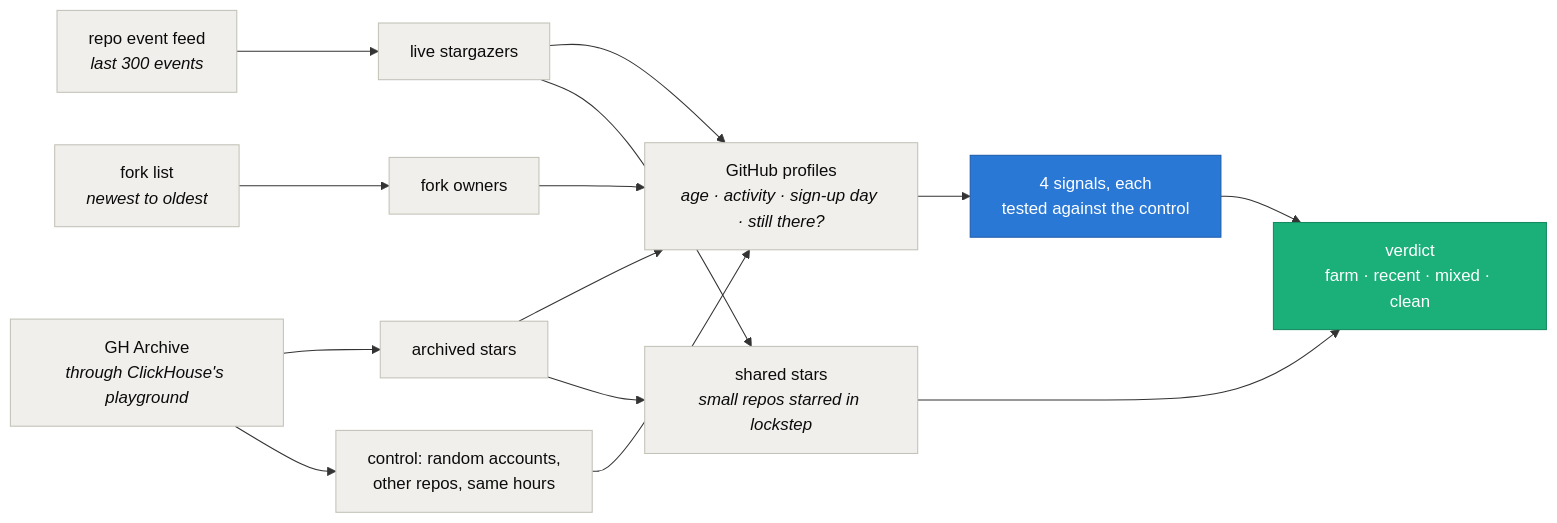
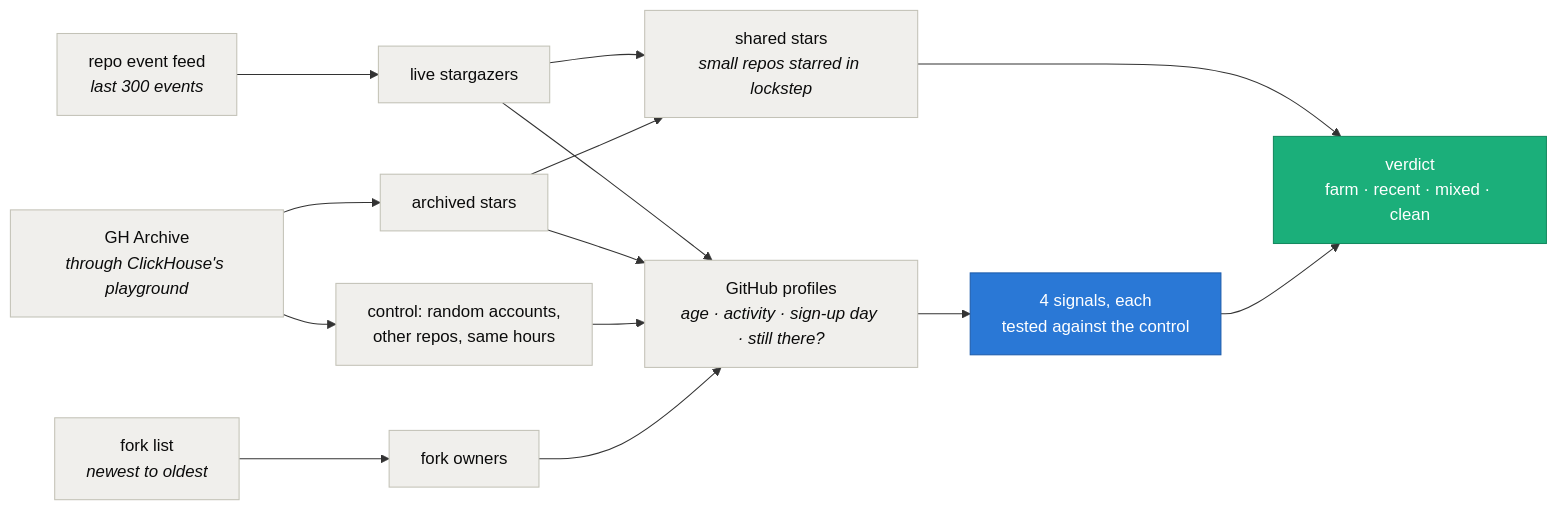
Before and after one commit to intikhab49/starsift: the diagram in README.md, drawn with Mermaid.

Commit message:
README: lay out the flowchart with one crossing instead of four

````diff
--- a/README.md
+++ b/README.md
@@ -108,28 +108,28 @@
 ```mermaid
 flowchart LR
     FEED["repo event feed<br/><i>last 300 events</i>"] --> LIVE["live stargazers"]
     ARCHIVE["GH Archive<br/><i>through ClickHouse's playground</i>"] --> STARS["archived stars"]
+    ARCHIVE --> CONTROL["control: random accounts,<br/>other repos, same hours"]
     FORKLIST["fork list<br/><i>newest to oldest</i>"] --> FORKS["fork owners"]
-    ARCHIVE --> CONTROL["control: random accounts,<br/>other repos, same hours"]
+    LIVE --> SHARED["shared stars<br/><i>small repos starred in lockstep</i>"]
+    STARS --> SHARED
     LIVE --> PROFILES["GitHub profiles<br/><i>age · activity · sign-up day · still there?</i>"]
     STARS --> PROFILES
+    CONTROL --> PROFILES
     FORKS --> PROFILES
-    CONTROL --> PROFILES
     PROFILES --> SIGNALS["4 signals, each<br/>tested against the control"]
-    LIVE --> SHARED["shared stars<br/><i>small repos starred in lockstep</i>"]
-    STARS --> SHARED
-    SIGNALS --> VERDICT["verdict<br/>farm · recent · mixed · clean"]
-    SHARED --> VERDICT
+    SHARED --> VERDICT["verdict<br/>farm · recent · mixed · clean"]
+    SIGNALS --> VERDICT
 
     style SIGNALS fill:#2a78d6,stroke:#1c5cab,color:#fff
     style VERDICT fill:#1baf7a,stroke:#158a60,color:#fff
     style FEED fill:#f0efec,stroke:#c3c2b7,color:#0b0b0b
     style ARCHIVE fill:#f0efec,stroke:#c3c2b7,color:#0b0b0b
     style FORKLIST fill:#f0efec,stroke:#c3c2b7,color:#0b0b0b
     style LIVE fill:#f0efec,stroke:#c3c2b7,color:#0b0b0b
     style STARS fill:#f0efec,stroke:#c3c2b7,color:#0b0b0b
     style FORKS fill:#f0efec,stroke:#c3c2b7,color:#0b0b0b
     style CONTROL fill:#f0efec,stroke:#c3c2b7,color:#0b0b0b
     style PROFILES fill:#f0efec,stroke:#c3c2b7,color:#0b0b0b
     style SHARED fill:#f0efec,stroke:#c3c2b7,color:#0b0b0b
 ```
````
